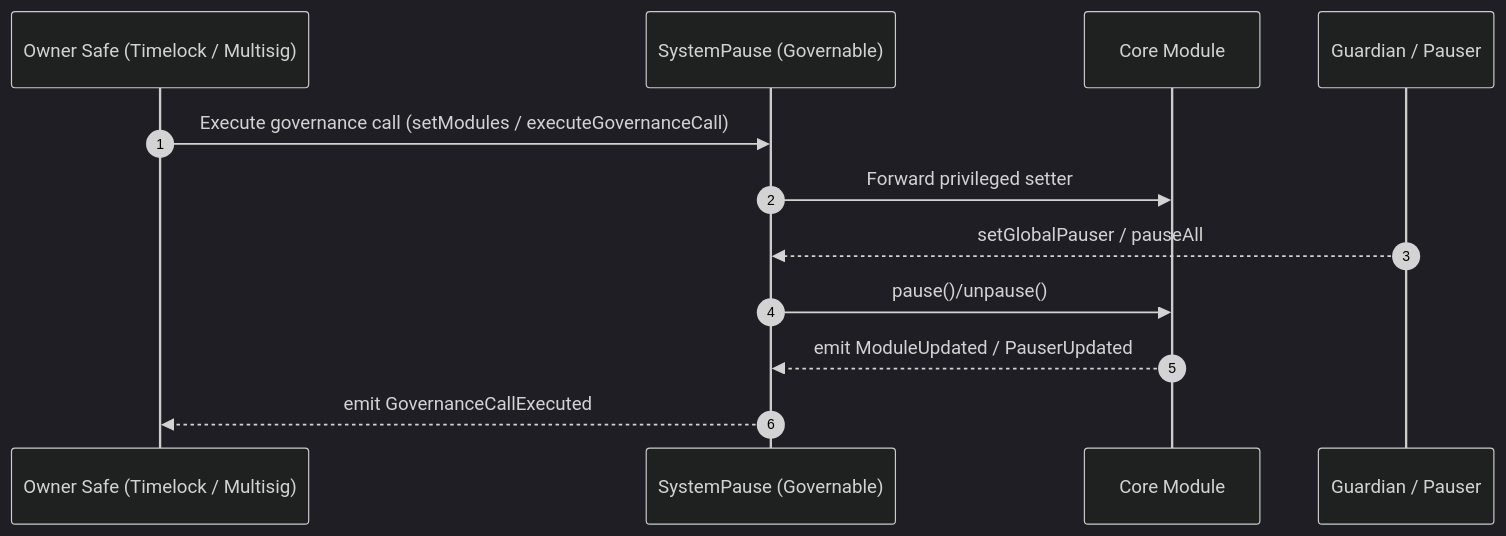
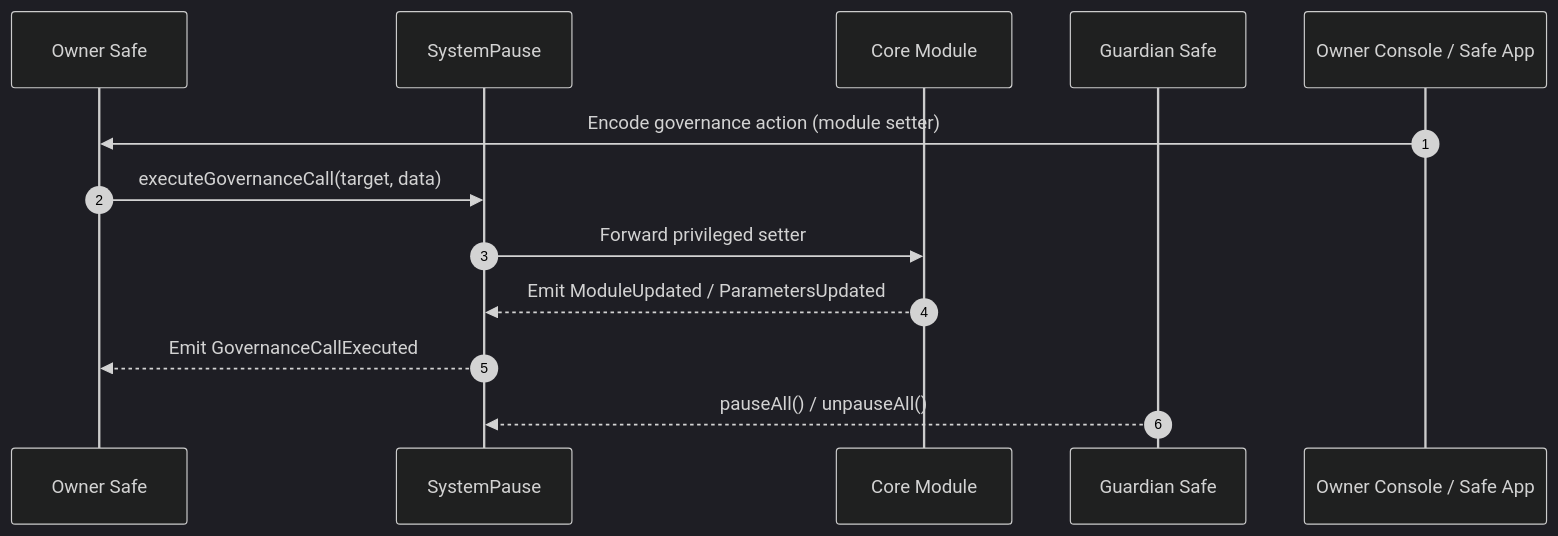
The second of 4 diagrams in README.md (MontrealAI/agijobs-sovereign-labor-v0p1), drawn with Mermaid (dark theme) before and after one commit. The commit also changed other lines of this file and 3 other files, not shown here.

````diff
--- a/README.md
+++ b/README.md
@@ -76,15 +94,16 @@
 ```mermaid
 sequenceDiagram
     autonumber
-    participant Safe as Owner Safe (Timelock / Multisig)
-    participant Pause as SystemPause (Governable)
+    participant Safe as Owner Safe
+    participant Pause as SystemPause
     participant Module as Core Module
-    participant Guardian as Guardian / Pauser
+    participant Guardian as Guardian Safe
+    participant UI as Owner Console / Safe App
 
-    Safe->>Pause: Execute governance call (setModules / executeGovernanceCall)
+    UI->>Safe: Encode governance action (module setter)
+    Safe->>Pause: executeGovernanceCall(target, data)
     Pause->>Module: Forward privileged setter
-    Guardian-->>Pause: setGlobalPauser / pauseAll
-    Pause->>Module: pause()/unpause()
-    Module-->>Pause: emit ModuleUpdated / PauserUpdated
-    Pause-->>Safe: emit GovernanceCallExecuted
+    Module-->>Pause: Emit ModuleUpdated / ParametersUpdated
+    Pause-->>Safe: Emit GovernanceCallExecuted
+    Guardian-->>Pause: pauseAll() / unpauseAll()
 ```
````
